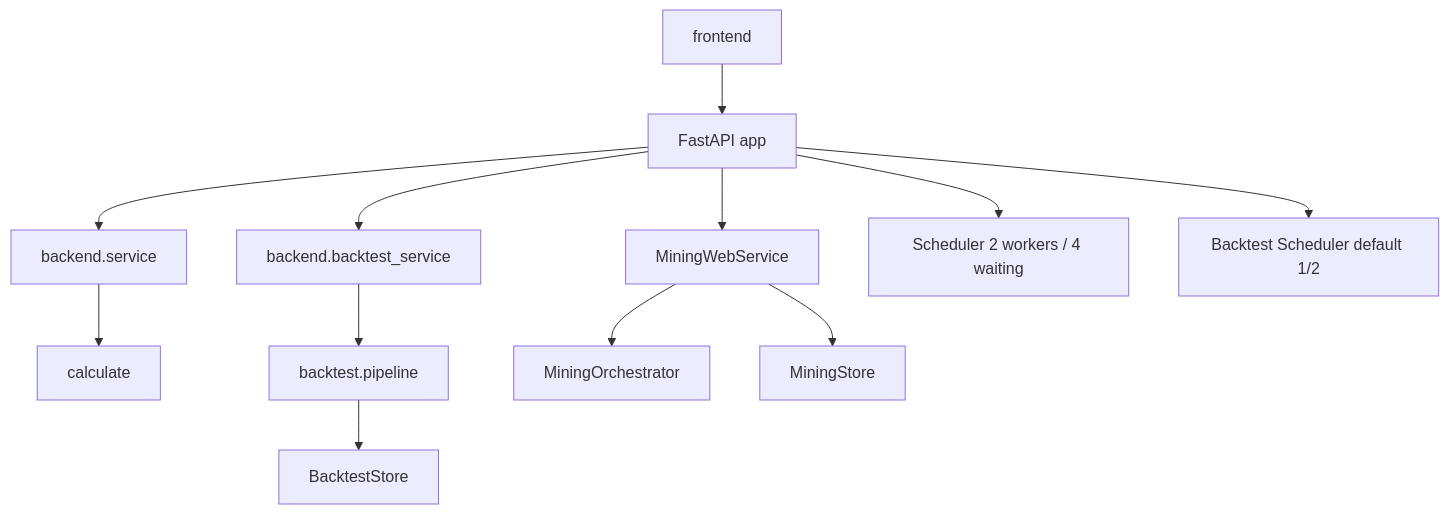
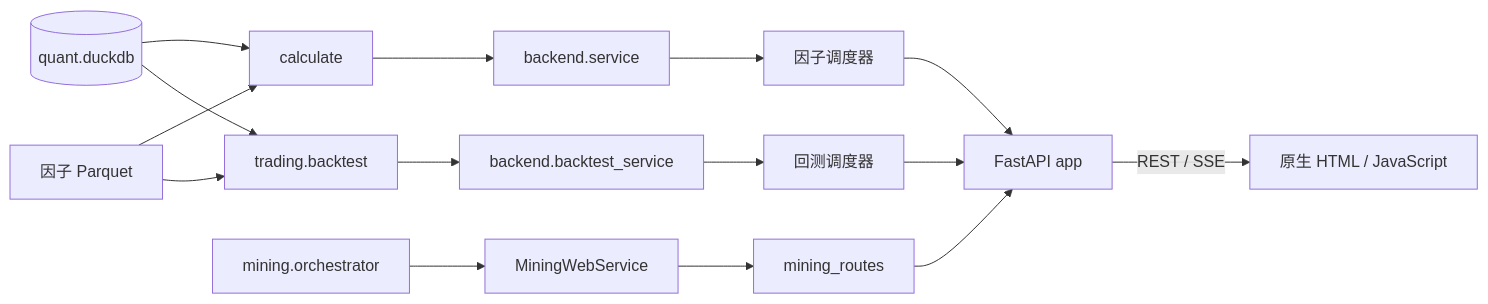
The diagram in docs/project-guide/09-monitor-web.md (rowerman/quant-all), drawn with Mermaid before and after one commit. The commit also changed other lines of this file and 10 other files, not shown here.

````diff
--- a/docs/project-guide/09-monitor-web.md
+++ b/docs/project-guide/09-monitor-web.md
@@ -112,14 +32,17 @@
 ```mermaid
-flowchart TD
-  BROWSER[frontend] --> APP[FastAPI app]
-  APP --> SERVICE[backend.service]
-  APP --> BTSVC[backend.backtest_service]
-  APP --> MINESVC[MiningWebService]
-  SERVICE --> EVAL[calculate]
-  BTSVC --> PIPE[backtest.pipeline]
-  MINESVC --> ORCH[MiningOrchestrator]
-  APP --> SCHED[Scheduler 2 workers / 4 waiting]
-  APP --> BTSCHED[Backtest Scheduler default 1/2]
-  MINESVC --> MINESTORE[MiningStore]
-  PIPE --> BTSTORE[BacktestStore]
+flowchart LR
+  QDB[(quant.duckdb)] --> CALC[calculate]
+  FPQ[因子 Parquet] --> CALC
+  CALC --> SERVICE[backend.service]
+  SERVICE --> FSCHED[因子调度器]
+  FPQ --> BT[trading.backtest]
+  QDB --> BT
+  BT --> BTSVC[backend.backtest_service]
+  BTSVC --> BSCHED[回测调度器]
+  ORCH[mining.orchestrator] --> MINSVC[MiningWebService]
+  MINSVC --> MROUTE[mining_routes]
+  FSCHED --> APP[FastAPI app]
+  BSCHED --> APP
+  MROUTE --> APP
+  APP -->|REST / SSE| WEB[原生 HTML / JavaScript]
 ```
````
